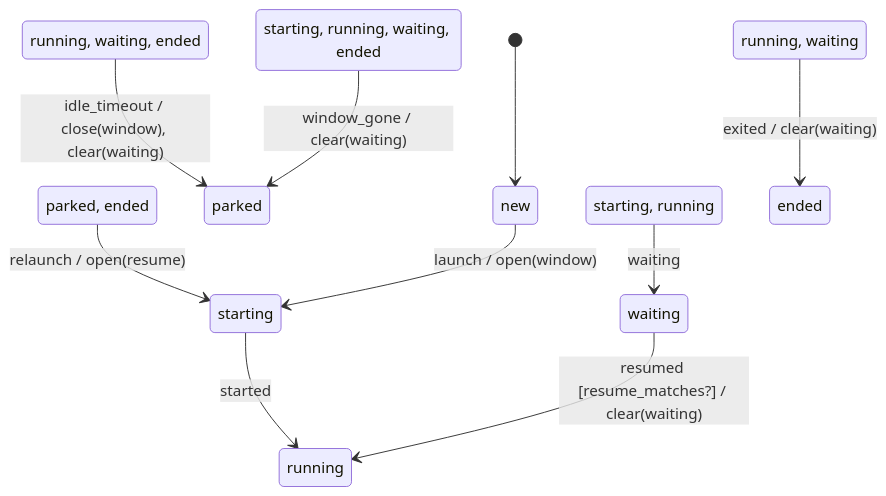
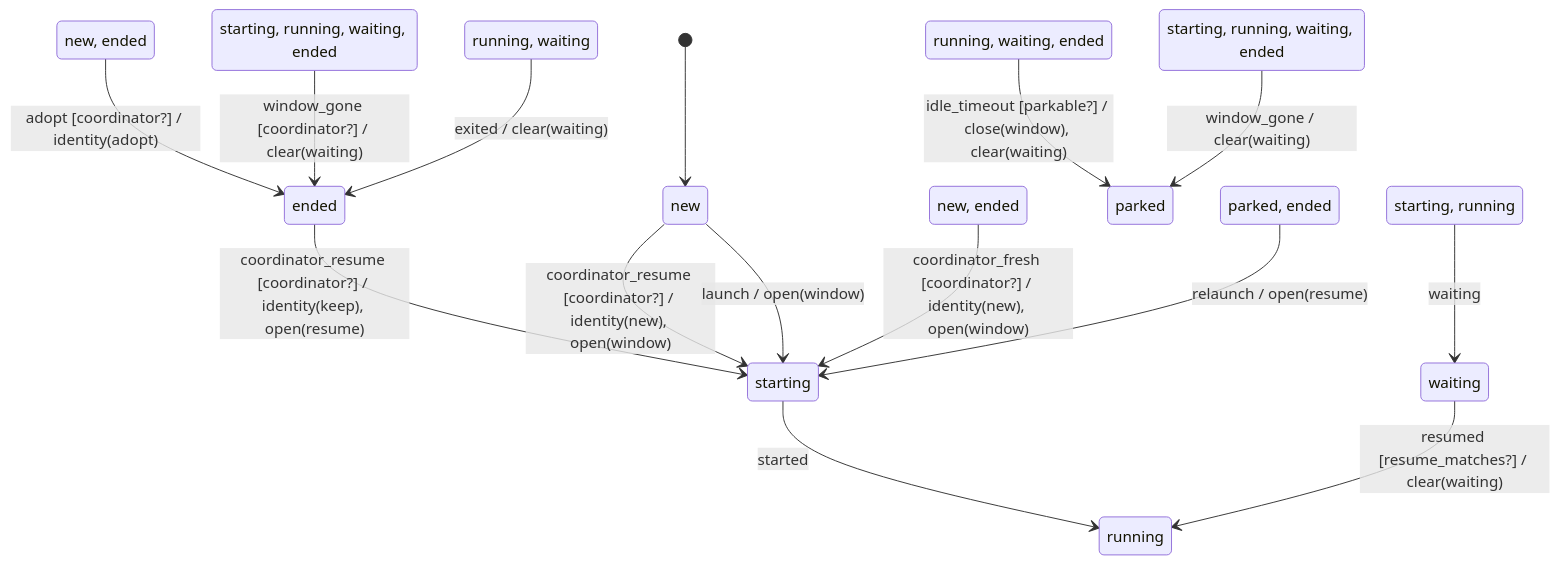
One commit to rpmessner/beads-board changed the diagram in docs/machines/session_machine.md. Above: the diagram before and after it, drawn with Mermaid. The commit also changed other lines of this file and 26 other files, not shown here.

````diff
--- a/docs/machines/session_machine.md
+++ b/docs/machines/session_machine.md
@@ -5,17 +5,25 @@
 ```mermaid
 stateDiagram-v2
     [*] --> new
-    fsm_set_0 --> parked: idle_timeout / close(window), clear(waiting)
-    fsm_set_1 --> starting: relaunch / open(resume)
+    fsm_set_0 --> ended: adopt [coordinator?] / identity(adopt)
+    new --> starting: coordinator_resume [coordinator?] / identity(new), open(window)
+    ended --> starting: coordinator_resume [coordinator?] / identity(keep), open(resume)
+    fsm_set_3 --> starting: coordinator_fresh [coordinator?] / identity(new), open(window)
+    fsm_set_5 --> ended: window_gone [coordinator?] / clear(waiting)
+    fsm_set_6 --> parked: idle_timeout [parkable?] / close(window), clear(waiting)
+    fsm_set_7 --> starting: relaunch / open(resume)
     new --> starting: launch / open(window)
     starting --> running: started
-    fsm_set_4 --> waiting: waiting
+    fsm_set_10 --> waiting: waiting
     waiting --> running: resumed [resume_matches?] / clear(waiting)
-    fsm_set_6 --> ended: exited / clear(waiting)
-    fsm_set_7 --> parked: window_gone / clear(waiting)
-    state "running, waiting, ended" as fsm_set_0
-    state "parked, ended" as fsm_set_1
-    state "starting, running" as fsm_set_4
-    state "running, waiting" as fsm_set_6
-    state "starting, running, waiting, ended" as fsm_set_7
+    fsm_set_12 --> ended: exited / clear(waiting)
+    fsm_set_13 --> parked: window_gone / clear(waiting)
+    state "new, ended" as fsm_set_0
+    state "new, ended" as fsm_set_3
+    state "starting, running, waiting, ended" as fsm_set_5
+    state "running, waiting, ended" as fsm_set_6
+    state "parked, ended" as fsm_set_7
+    state "starting, running" as fsm_set_10
+    state "running, waiting" as fsm_set_12
+    state "starting, running, waiting, ended" as fsm_set_13
 ```
````
